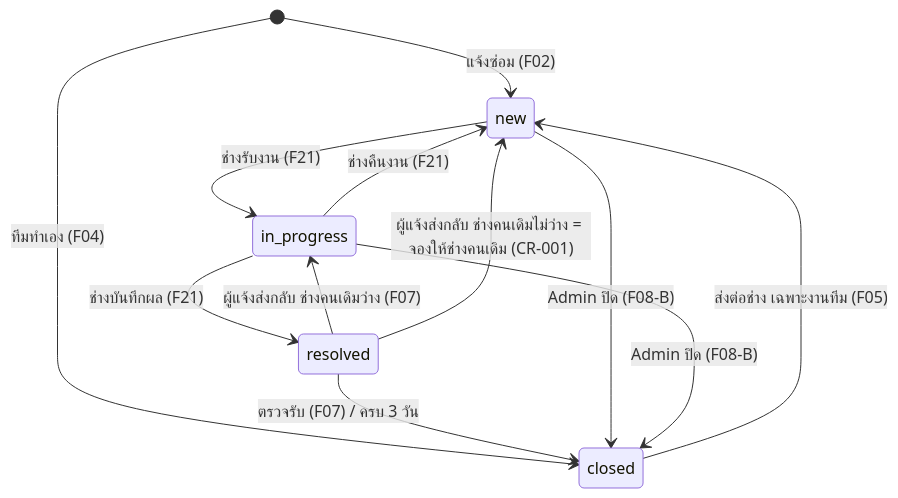
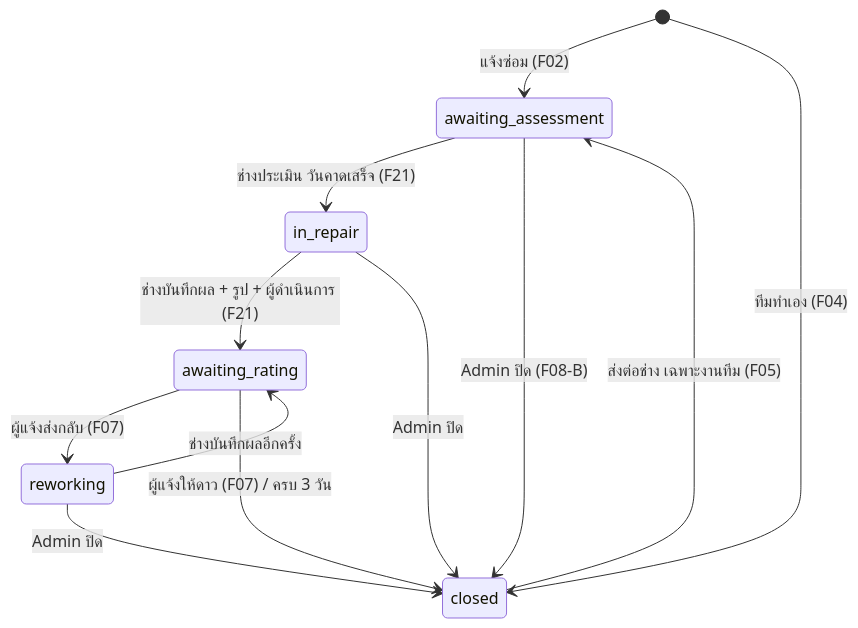
Before and after one commit to pithawat/BAMBAM: the first of 13 diagrams in docs/modules/repair/02-flows.md, drawn with Mermaid. The commit also changed other lines of this file and 160 other files, not shown here.

````diff
--- a/docs/modules/repair/02-flows.md
+++ b/docs/modules/repair/02-flows.md
@@ -21,14 +26,14 @@
 ```mermaid
 stateDiagram-v2
-  [*] --> new: แจ้งซ่อม (F02)
+  [*] --> awaiting_assessment: แจ้งซ่อม (F02)
   [*] --> closed: ทีมทำเอง (F04)
-  new --> in_progress: ช่างรับงาน (F21)
-  in_progress --> new: ช่างคืนงาน (F21)
-  in_progress --> resolved: ช่างบันทึกผล (F21)
-  resolved --> in_progress: ผู้แจ้งส่งกลับ ช่างคนเดิมว่าง (F07)
-  resolved --> new: ผู้แจ้งส่งกลับ ช่างคนเดิมไม่ว่าง = จองให้ช่างคนเดิม (CR-001)
-  resolved --> closed: ตรวจรับ (F07) / ครบ 3 วัน
-  closed --> new: ส่งต่อช่าง เฉพาะงานทีม (F05)
-  new --> closed: Admin ปิด (F08-B)
-  in_progress --> closed: Admin ปิด (F08-B)
+  awaiting_assessment --> in_repair: ช่างประเมิน วันคาดเสร็จ (F21)
+  in_repair --> awaiting_rating: ช่างบันทึกผล + รูป + ผู้ดำเนินการ (F21)
+  awaiting_rating --> reworking: ผู้แจ้งส่งกลับ (F07)
+  reworking --> awaiting_rating: ช่างบันทึกผลอีกครั้ง
+  awaiting_rating --> closed: ผู้แจ้งให้ดาว (F07) / ครบ 3 วัน
+  closed --> awaiting_assessment: ส่งต่อช่าง เฉพาะงานทีม (F05)
+  awaiting_assessment --> closed: Admin ปิด (F08-B)
+  in_repair --> closed: Admin ปิด
+  reworking --> closed: Admin ปิด
 ```
````
